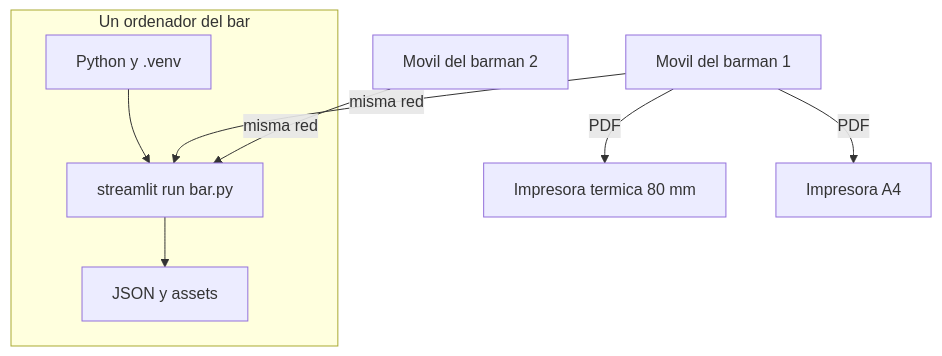
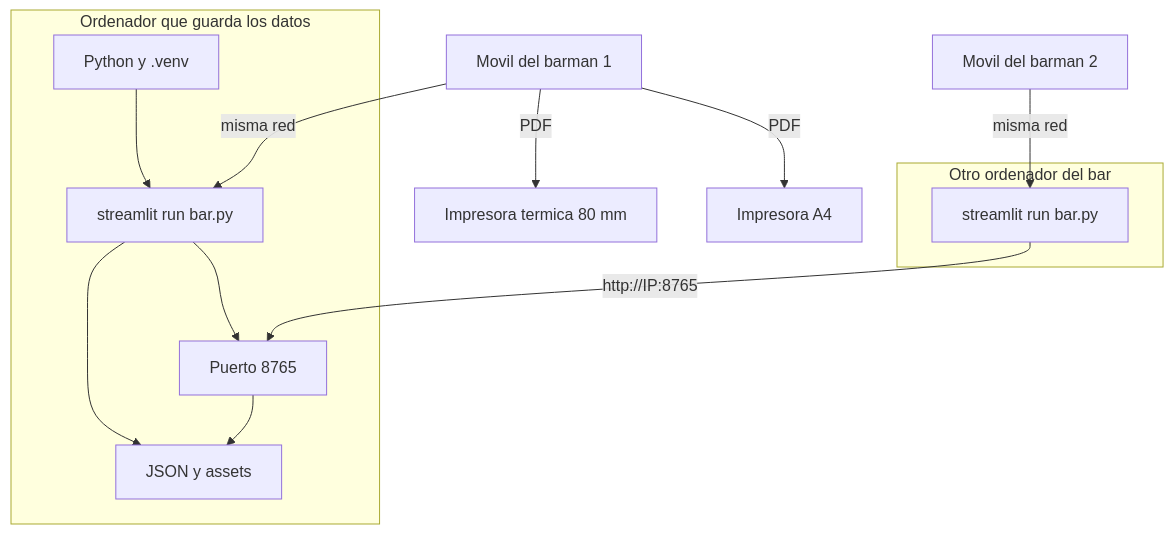
One commit to gracobjo/bar changed the ninth of 9 diagrams in docs/diagramas-uml.md. Above: the diagram before and after it, drawn with Mermaid. The commit also changed other lines of this file and 8 other files, not shown here.

````diff
--- a/docs/diagramas-uml.md
+++ b/docs/diagramas-uml.md
@@ -270,18 +270,25 @@
 ```mermaid
 flowchart TB
-  subgraph local [Un ordenador del bar]
+  subgraph host [Ordenador que guarda los datos]
     venv[Python y .venv]
     st[streamlit run bar.py]
+    srv[Puerto 8765]
     json[JSON y assets]
     venv --> st
     st --> json
+    st --> srv
+    srv --> json
+  end
+  subgraph otro [Otro ordenador del bar]
+    st2[streamlit run bar.py]
   end
   movil1[Movil del barman 1]
   movil2[Movil del barman 2]
   termica[Impresora termica 80 mm]
   a4[Impresora A4]
+  st2 -->|http://IP:8765| srv
   movil1 -->|misma red| st
-  movil2 -->|misma red| st
+  movil2 -->|misma red| st2
   movil1 -->|PDF| termica
   movil1 -->|PDF| a4
 ```
````
